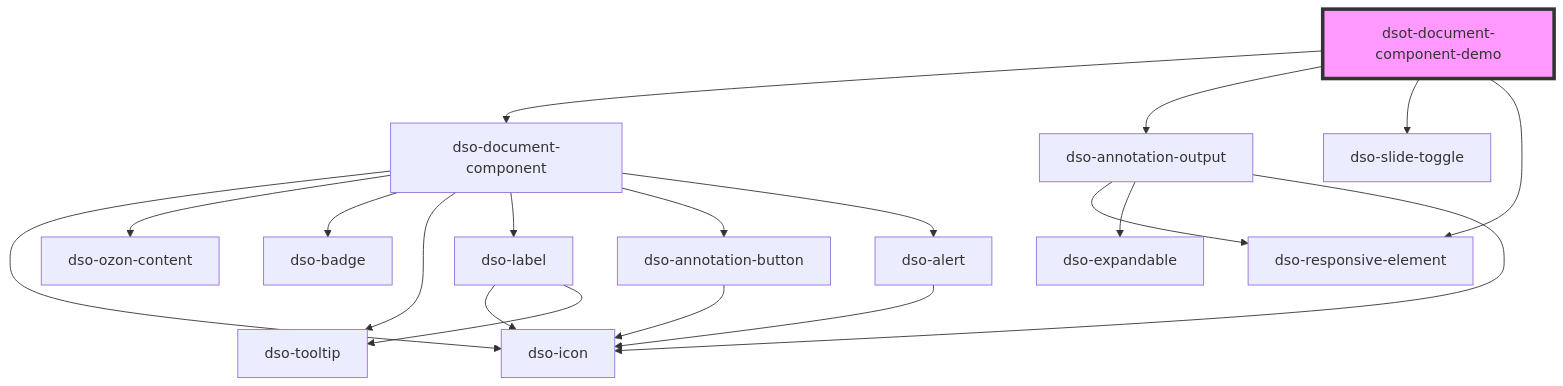
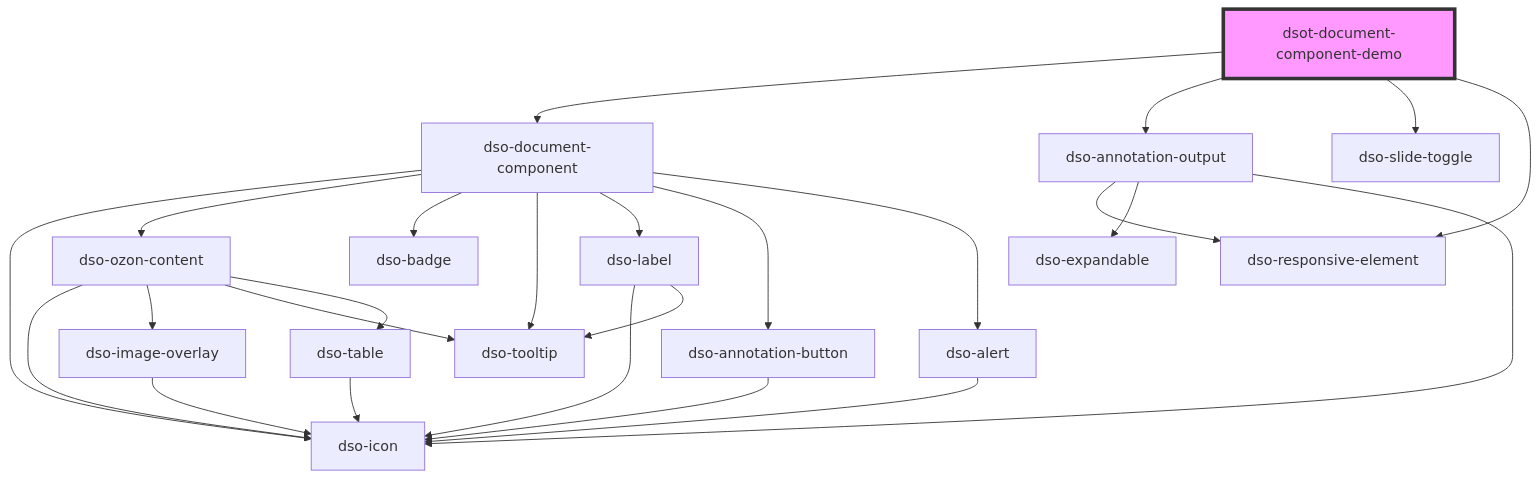
Before and after one commit to dso-toolkit/dso-toolkit: the diagram in packages/core/src/components/document-component-demo/readme.md, drawn with Mermaid. The commit also changed 8 other files, not shown here.

Commit message:
#2419 [Change] Ozon Content: Expliciete dependencies voor Web Componenten

````diff
--- a/packages/core/src/components/document-component-demo/readme.md
+++ b/packages/core/src/components/document-component-demo/readme.md
@@ -34,22 +34,28 @@
 ```mermaid
 graph TD;
   dsot-document-component-demo --> dso-document-component
   dsot-document-component-demo --> dso-annotation-output
   dsot-document-component-demo --> dso-slide-toggle
   dsot-document-component-demo --> dso-responsive-element
   dso-document-component --> dso-icon
   dso-document-component --> dso-ozon-content
   dso-document-component --> dso-badge
   dso-document-component --> dso-tooltip
   dso-document-component --> dso-label
   dso-document-component --> dso-annotation-button
   dso-document-component --> dso-alert
+  dso-ozon-content --> dso-icon
+  dso-ozon-content --> dso-image-overlay
+  dso-ozon-content --> dso-tooltip
+  dso-ozon-content --> dso-table
+  dso-image-overlay --> dso-icon
+  dso-table --> dso-icon
   dso-label --> dso-icon
   dso-label --> dso-tooltip
   dso-annotation-button --> dso-icon
   dso-alert --> dso-icon
   dso-annotation-output --> dso-responsive-element
   dso-annotation-output --> dso-expandable
   dso-annotation-output --> dso-icon
   style dsot-document-component-demo fill:#f9f,stroke:#333,stroke-width:4px
 ```
````
